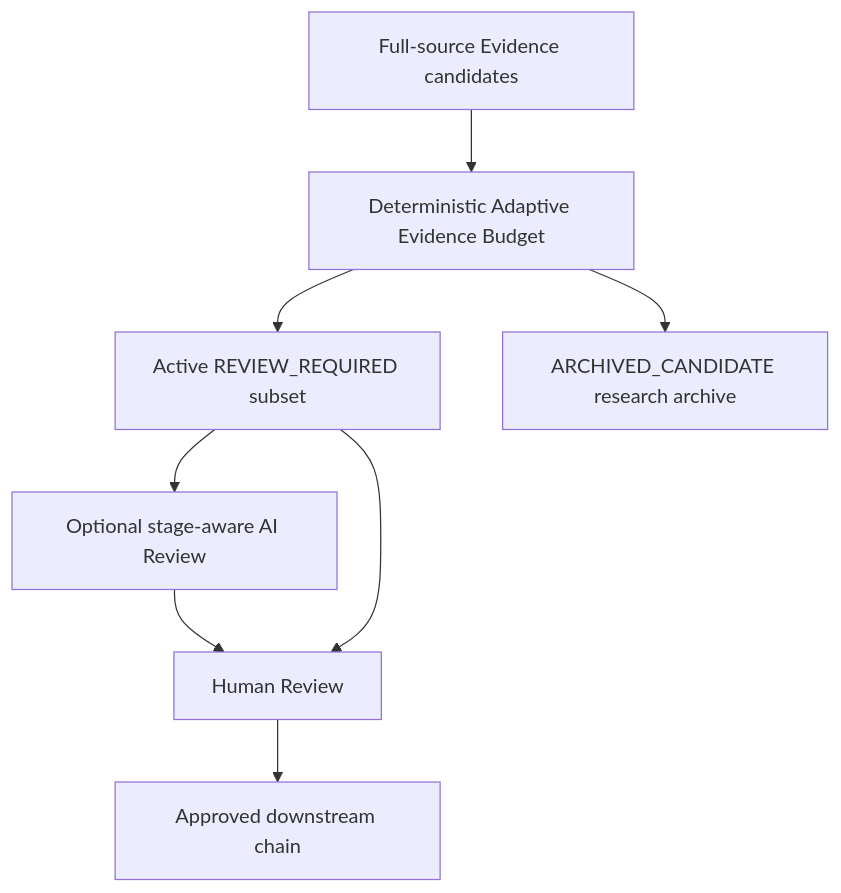
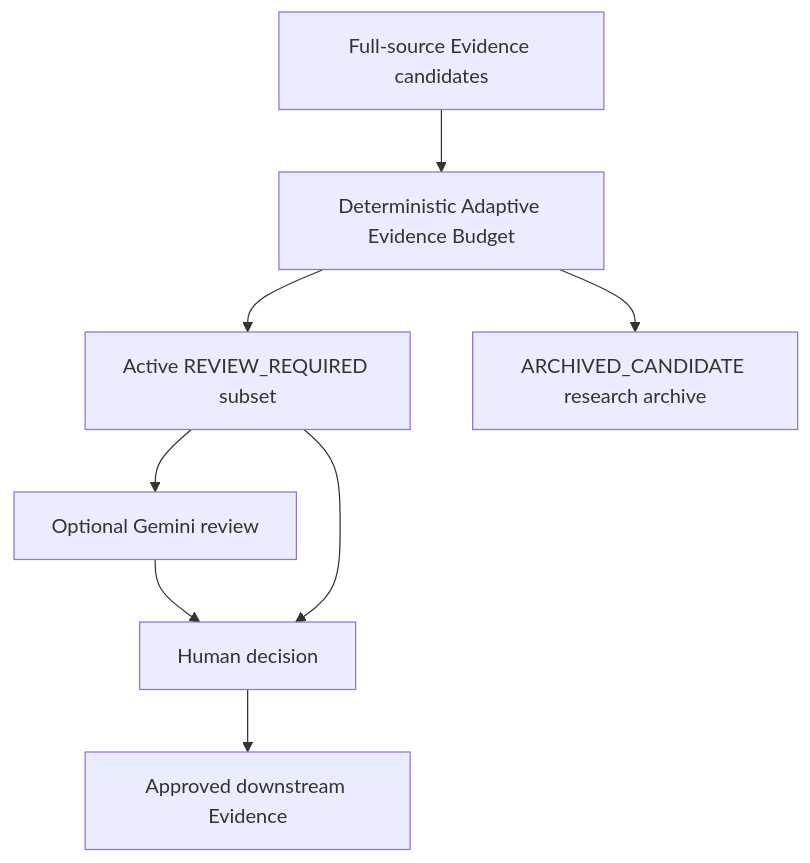
One commit to amin076/tital changed the third of 4 diagrams in docs/architecture/workflow-architecture.md. Above: the diagram before and after it, drawn with Mermaid. The commit also changed other lines of this file, not shown here.

Commit message:
docs: update workflow architecture for governed repair

````diff
--- a/docs/architecture/workflow-architecture.md
+++ b/docs/architecture/workflow-architecture.md
@@ -117,15 +108,15 @@
 ```mermaid
 graph TD
     P[Full-source Evidence candidates]
     B[Deterministic Adaptive Evidence Budget]
     A[Active REVIEW_REQUIRED subset]
     X[ARCHIVED_CANDIDATE research archive]
-    R[Optional stage-aware AI Review]
-    H[Human Review]
-    D[Approved downstream chain]
+    R[Optional Gemini review]
+    H[Human decision]
+    D[Approved downstream Evidence]
 
     P --> B
     B --> A --> R --> H --> D
     A --> H
     B --> X
 ```
````
